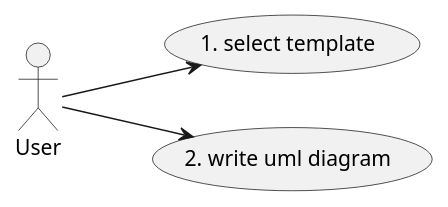
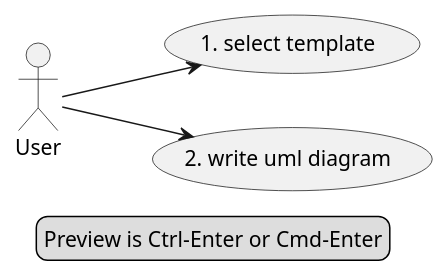
One commit to kkeisuke/plantuml-editor2 changed the diagram in src/assets/templates/default.plantuml. Above: the diagram before and after it, drawn with PlantUML. The commit also changed other lines of this file, not shown here.

Commit message:
default.plantuml に更新方法追記

```diff
--- a/src/assets/templates/default.plantuml
+++ b/src/assets/templates/default.plantuml
@@ -6,10 +8,14 @@
 @startuml
 
 left to right direction
 
 actor User
 
 User --> (1. select template)
 User --> (2. write uml diagram)
 
+legend center
+  Preview is Ctrl-Enter or Cmd-Enter
+endlegend
+
 @enduml
```
